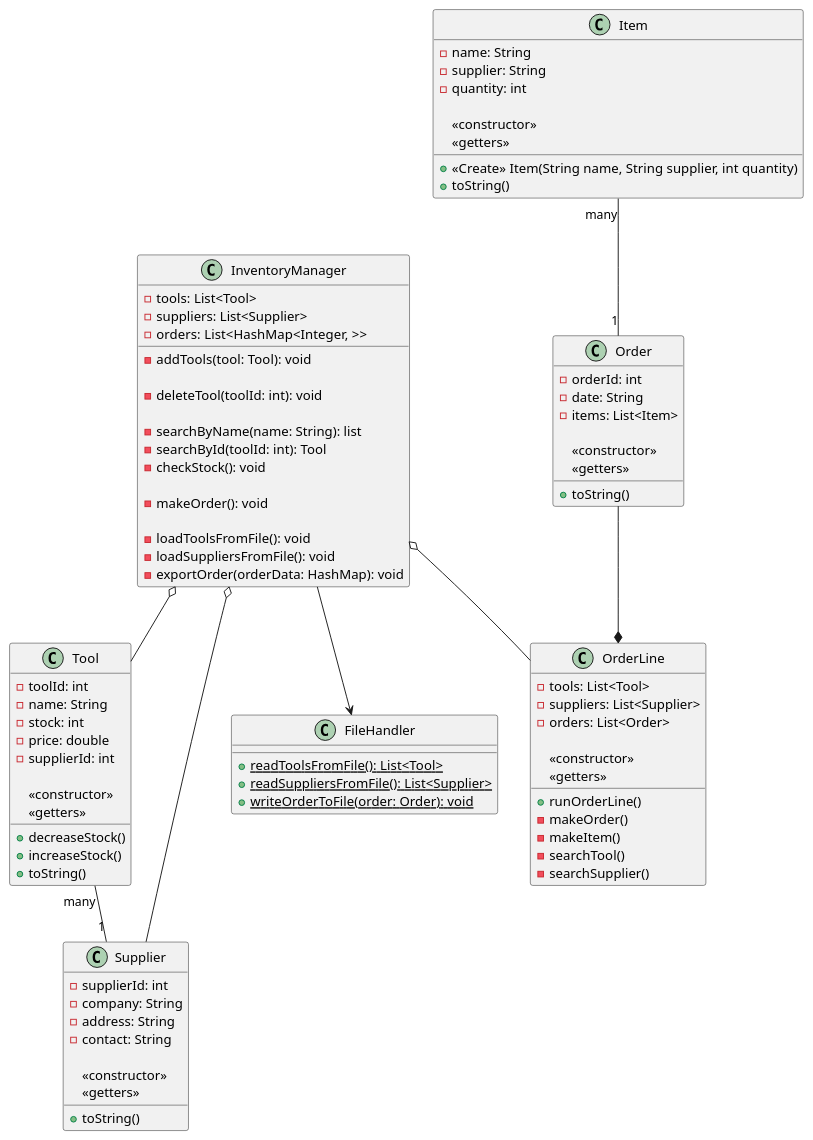
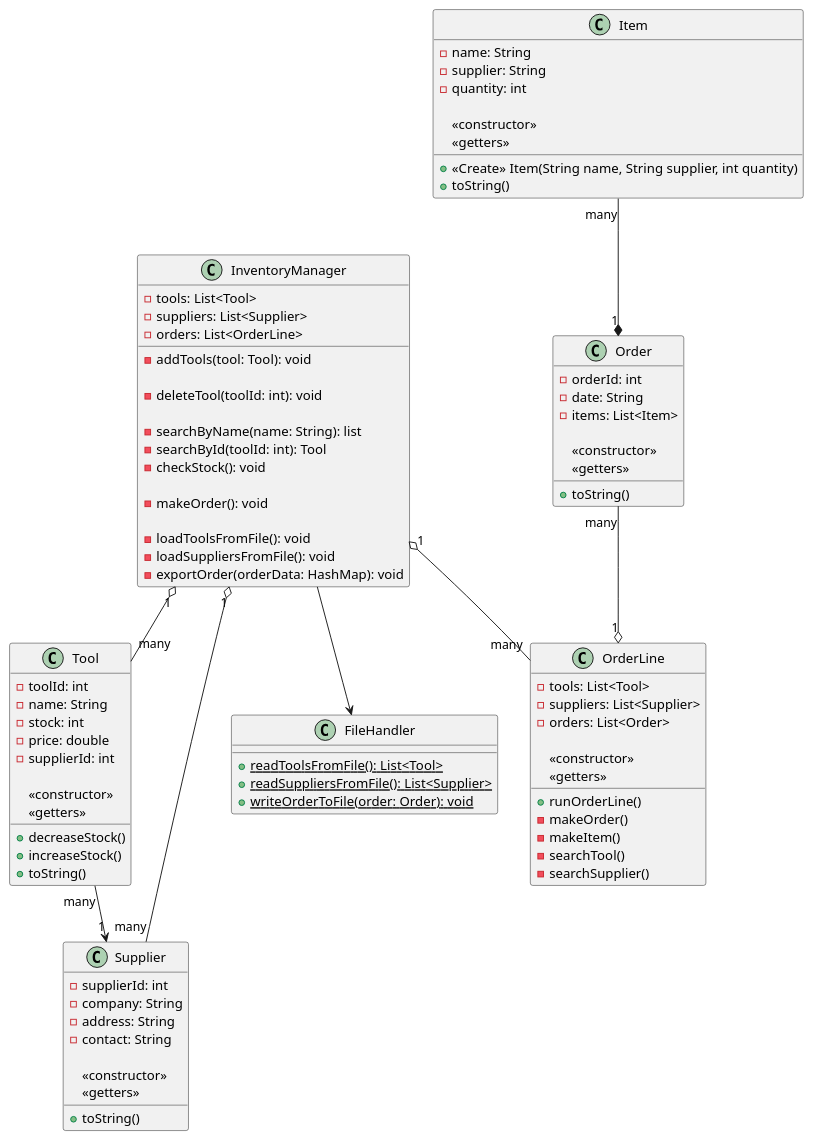
The diagram in ENSF 607/Playground/Christian/Assignment 1/assignment1/shop.puml (chvaldez10/MEng-Fall-Group), drawn with PlantUML before and after one commit. The commit also changed 8 other files, not shown here.

```diff
--- a/ENSF 607/Playground/Christian/Assignment 1/assignment1/shop.puml
+++ b/ENSF 607/Playground/Christian/Assignment 1/assignment1/shop.puml
@@ -1,115 +1,115 @@
 @startuml
     class InventoryManager {
         /' class attributes '/
         - tools: List<Tool>
         - suppliers: List<Supplier>
-        - orders: List<HashMap<Integer, >>
+        - orders: List<OrderLine>
 
         /' create|add tools '/
         - addTools(tool: Tool): void
 
         /' delete tools '/
         - deleteTool(toolId: int): void
 
         /' read tools '/
         - searchByName(name: String): list
         - searchById(toolId: int): Tool
         - checkStock(): void
 
         /' update tools '/
         - makeOrder(): void
 
         /' file handler '/
         - loadToolsFromFile(): void
         - loadSuppliersFromFile(): void
         - exportOrder(orderData: HashMap): void
     }
 
     class Tool {
         /' class attributes '/
         - toolId: int
         - name: String
         - stock: int
         - price: double
         - supplierId: int
 
         <<constructor>>
         <<getters>>
 
         /' update stock '/
         + decreaseStock()
         + increaseStock()
         + toString()
     }
 
     class Supplier {
         /' class attributes '/
         - supplierId: int
         - company: String
         - address: String
         - contact: String
 
         <<constructor>>
         <<getters>>
         + toString()
     }
 
     class OrderLine {
         /' class attributes '/
         - tools: List<Tool>
         - suppliers: List<Supplier>
         - orders: List<Order>
 
         <<constructor>>
         <<getters>>
 
         /' creates one order '/
         + runOrderLine()
         - makeOrder()
         - makeItem()
         - searchTool()
         - searchSupplier()
     }
 
     class Order {
         /' class attributes '/
         - orderId: int
         - date: String
         - items: List<Item>
 
         <<constructor>>
         <<getters>>
         + toString()
     }
 
     class Item {
         - name: String
         - supplier: String
         - quantity: int
         + <<Create>> Item(String name, String supplier, int quantity)
 
         <<constructor>>
         <<getters>>
         + toString()
     }
 
     class FileHandler {
         /' read files '/
         + {static} readToolsFromFile(): List<Tool>
         + {static} readSuppliersFromFile(): List<Supplier>
         + {static} writeOrderToFile(order: Order): void
     }
 
     /' relationships for InventoryManager '/
     InventoryManager --> FileHandler
-    InventoryManager o-- Tool
-    InventoryManager o-- Supplier
-    InventoryManager o-- OrderLine
+    InventoryManager "1" o-- "many" Tool
+    InventoryManager "1" o-- "many" Supplier
+    InventoryManager "1" o-- "many" OrderLine
 
     /' relationships for Tool and Supplier '/
-    Tool "many" -- "1"  Supplier
+    Tool "many" --> "1"  Supplier
 
     /' relationships for Orderline, Order, Item '/
-    Order --* OrderLine
-    Item "many" -- "1" Order
+    Order "many" --o "1" OrderLine
+    Item "many" --* "1" Order
 @enduml
```
